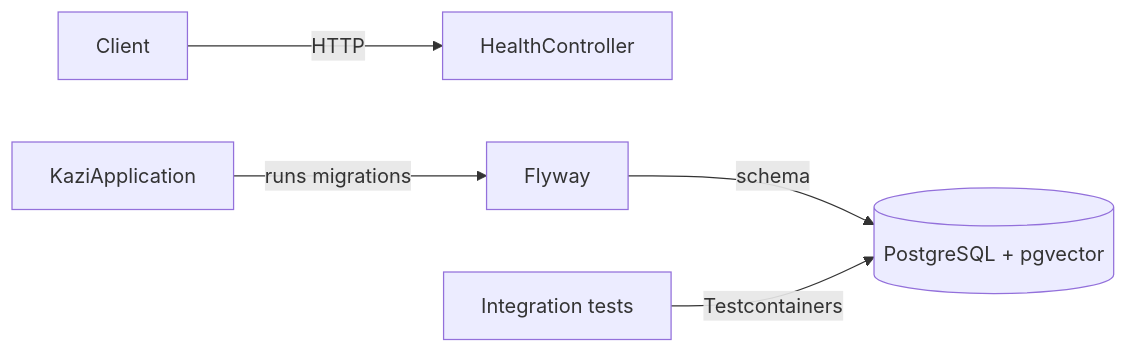
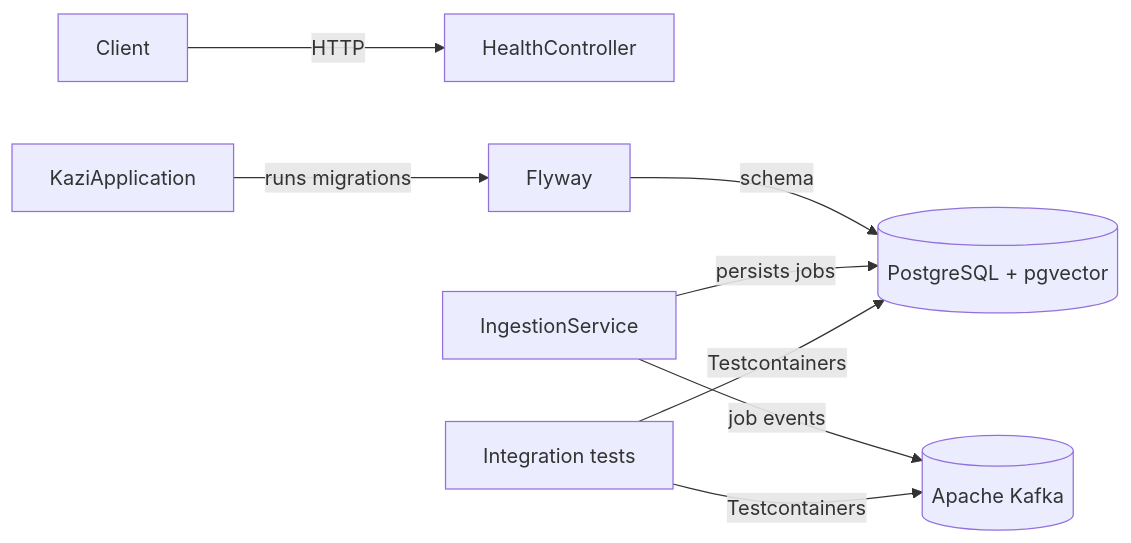
One commit to Dancan254/kazi changed the first of 2 diagrams in README.md. Above: the diagram before and after it, drawn with Mermaid. The commit also changed other lines of this file and 13 other files, not shown here.

Commit message:
feat(job): publish canonical job events

````diff
--- a/README.md
+++ b/README.md
@@ -10,7 +10,10 @@
 ```mermaid
 flowchart LR
   Client -->|HTTP| Health[HealthController]
   App[KaziApplication] -->|runs migrations| Flyway
   Flyway -->|schema| DB[(PostgreSQL + pgvector)]
+  Ingestion[IngestionService] -->|persists jobs| DB
+  Ingestion -->|job events| Kafka[(Apache Kafka)]
   Tests[Integration tests] -->|Testcontainers| DB
+  Tests -->|Testcontainers| Kafka
 ```
````
